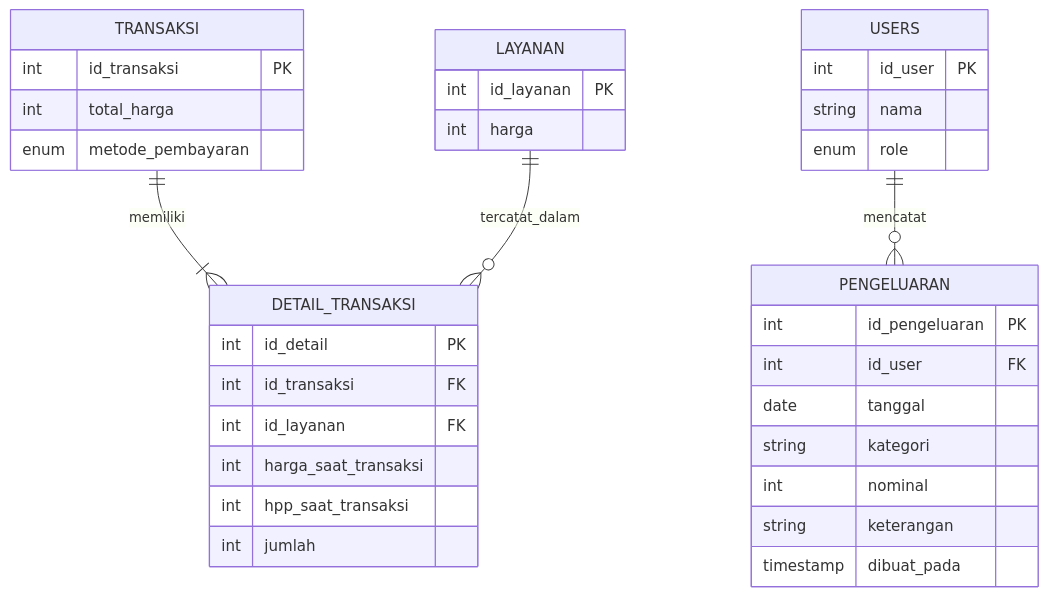
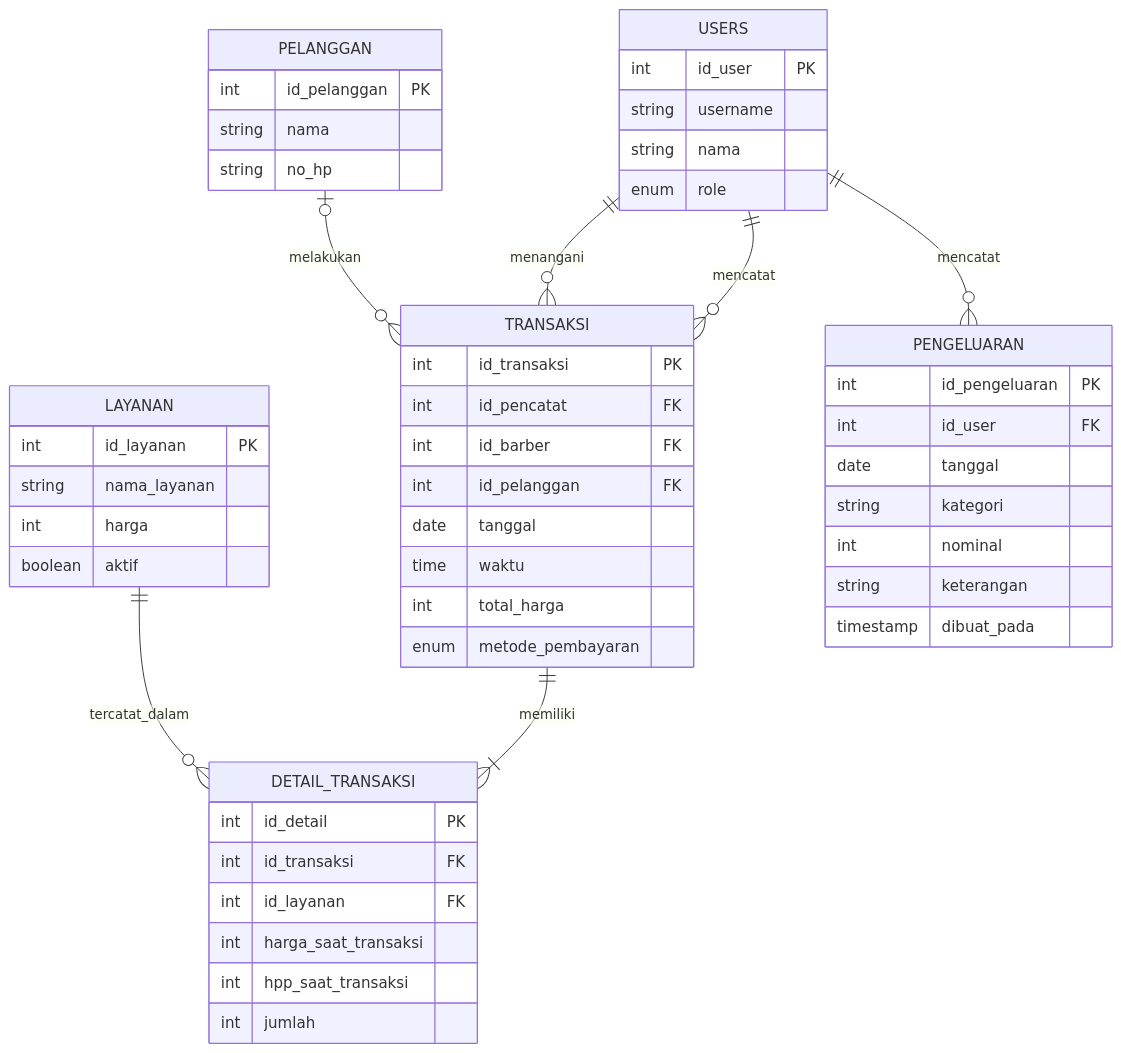
One commit to elkhaa151105-droid/KELOMPOK-5 changed the diagram in database/ERD.md. Above: the diagram before and after it, drawn with Mermaid. The commit also changed other lines of this file and 11 other files, not shown here.

Commit message:
Update API layanan dan dokumentasi ERD

````diff
--- a/database/ERD.md
+++ b/database/ERD.md
@@ -3,42 +3,59 @@
 ```mermaid
 erDiagram
+    USERS ||--o{ TRANSAKSI : mencatat
+    USERS ||--o{ TRANSAKSI : menangani
+    PELANGGAN o|--o{ TRANSAKSI : melakukan
     TRANSAKSI ||--|{ DETAIL_TRANSAKSI : memiliki
     LAYANAN ||--o{ DETAIL_TRANSAKSI : tercatat_dalam
     USERS ||--o{ PENGELUARAN : mencatat
 
+    USERS {
+        int id_user PK
+        string username
+        string nama
+        enum role
+    }
+
+    PELANGGAN {
+        int id_pelanggan PK
+        string nama
+        string no_hp
+    }
+
     TRANSAKSI {
         int id_transaksi PK
+        int id_pencatat FK
+        int id_barber FK
+        int id_pelanggan FK
+        date tanggal
+        time waktu
         int total_harga
         enum metode_pembayaran
     }
 
     DETAIL_TRANSAKSI {
         int id_detail PK
         int id_transaksi FK
         int id_layanan FK
         int harga_saat_transaksi
         int hpp_saat_transaksi
         int jumlah
     }
 
     LAYANAN {
         int id_layanan PK
+        string nama_layanan
         int harga
-    }
-
-    USERS {
-        int id_user PK
-        string nama
-        enum role
+        boolean aktif
     }
 
     PENGELUARAN {
         int id_pengeluaran PK
         int id_user FK
         date tanggal
         string kategori
         int nominal
         string keterangan
         timestamp dibuat_pada
     }
 ```
````
